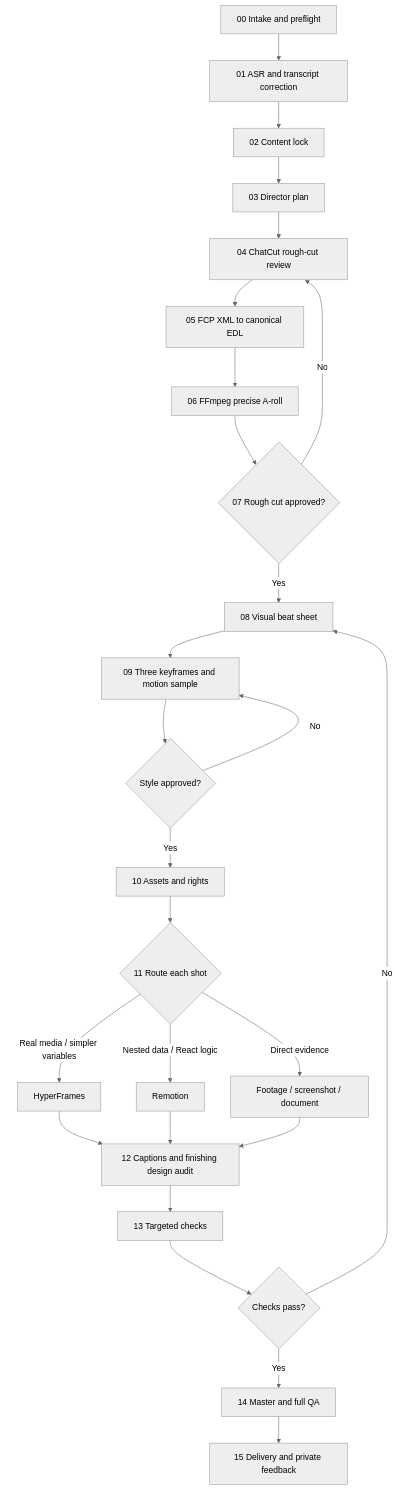
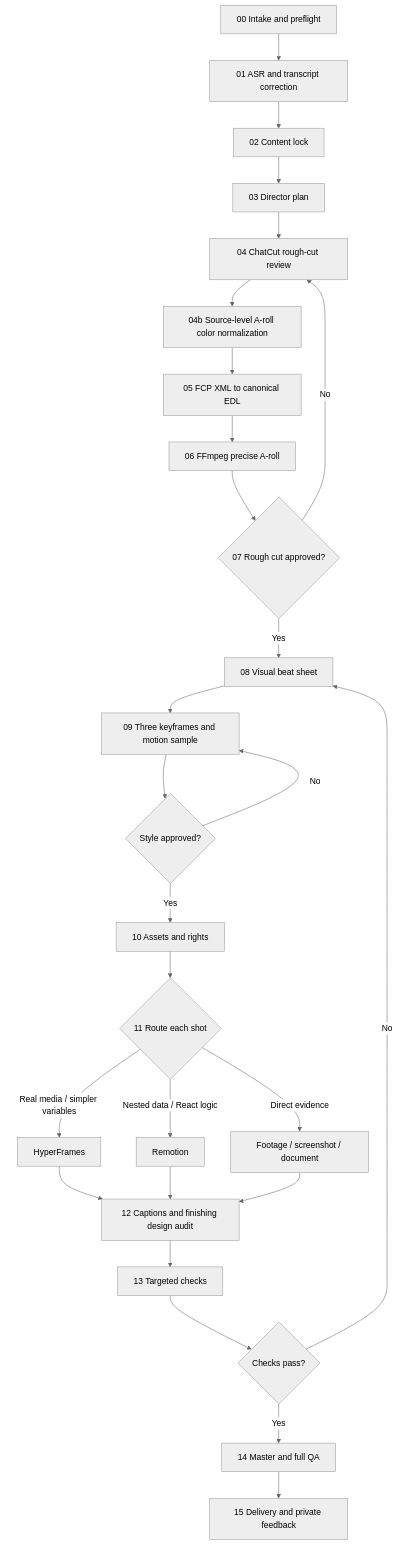
One commit to yomage-ai/ai-video-director-skill changed the diagram in skill/ai-video-director/references/workflow.md. Above: the diagram before and after it, drawn with Mermaid (neutral theme). The commit also changed other lines of this file and 7 other files, not shown here.

````diff
--- a/skill/ai-video-director/references/workflow.md
+++ b/skill/ai-video-director/references/workflow.md
@@ -16,28 +16,29 @@
 ```mermaid
 flowchart TD
   A["00 Intake and preflight"] --> B["01 ASR and transcript correction"]
   B --> C["02 Content lock"]
   C --> D["03 Director plan"]
   D --> E["04 ChatCut rough-cut review"]
-  E --> F["05 FCP XML to canonical EDL"]
+  E --> E2["04b Source-level A-roll color normalization"]
+  E2 --> F["05 FCP XML to canonical EDL"]
   F --> G["06 FFmpeg precise A-roll"]
   G --> H{"07 Rough cut approved?"}
   H -->|"No"| E
   H -->|"Yes"| I["08 Visual beat sheet"]
   I --> J["09 Three keyframes and motion sample"]
   J --> K{"Style approved?"}
   K -->|"No"| J
   K -->|"Yes"| L["10 Assets and rights"]
   L --> M{"11 Route each shot"}
   M -->|"Real media / simpler variables"| N["HyperFrames"]
   M -->|"Nested data / React logic"| O["Remotion"]
   M -->|"Direct evidence"| P["Footage / screenshot / document"]
   N --> Q["12 Captions and finishing design audit"]
   O --> Q
   P --> Q
   Q --> R["13 Targeted checks"]
   R --> S{"Checks pass?"}
   S -->|"No"| I
   S -->|"Yes"| T["14 Master and full QA"]
   T --> U["15 Delivery and private feedback"]
 ```
````
